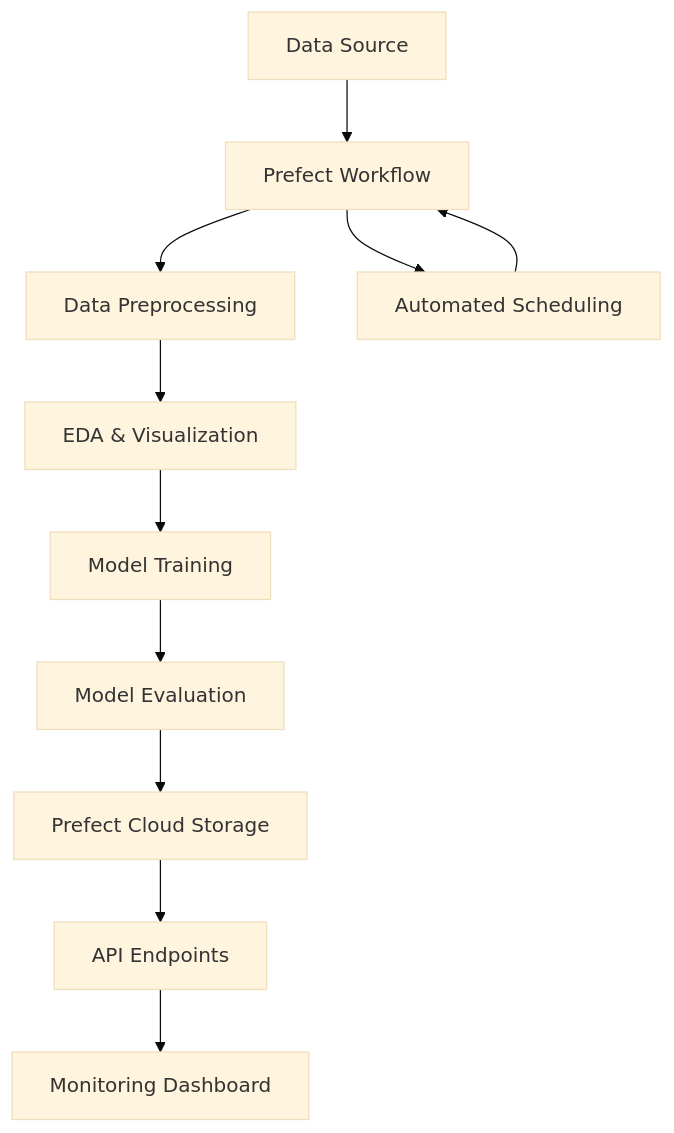
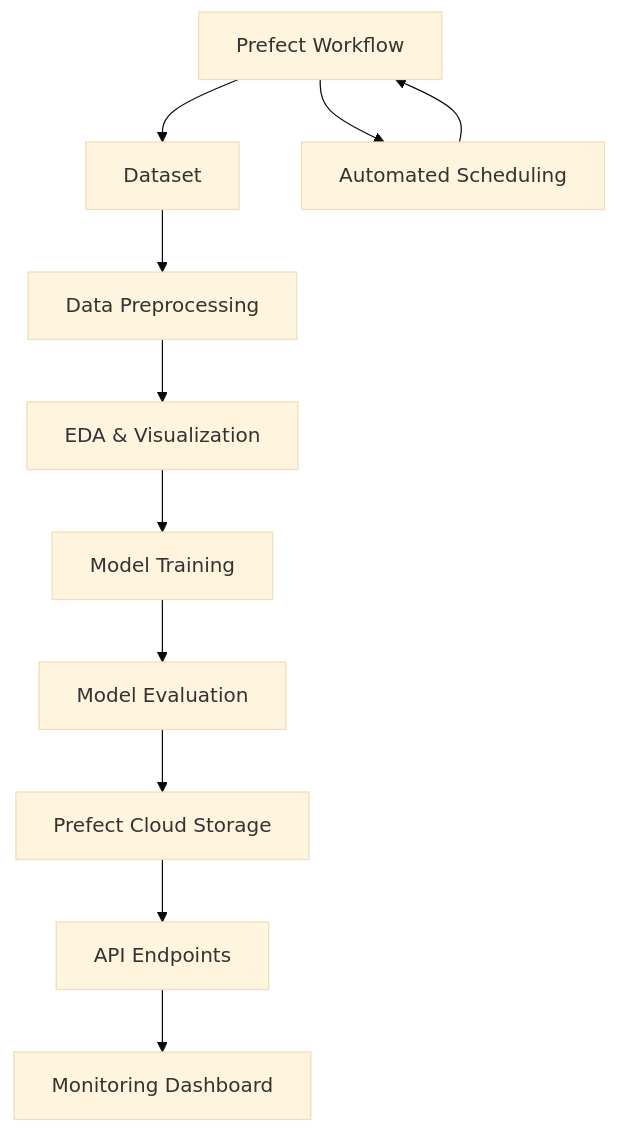
The diagram in README.md (naidu9678/customer_churn_prediction_using_prefect_cloud), drawn with Mermaid (base theme) before and after one commit.

Commit message:
architecture flow fixed

````diff
--- a/README.md
+++ b/README.md
@@ -64,14 +64,14 @@
 ```mermaid
 graph TB
-    A[Data Source] --> B[Prefect Workflow]
+    A[Prefect Workflow] --> B[Dataset]
     B --> C[Data Preprocessing]
     C --> D[EDA & Visualization]
     D --> E[Model Training]
     E --> F[Model Evaluation]
     F --> G[Prefect Cloud Storage]
     G --> H[API Endpoints]
     H --> I[Monitoring Dashboard]
     
-    B --> J[Automated Scheduling]
-    J --> B
+    A --> J[Automated Scheduling]
+    J --> A
 ```
````
